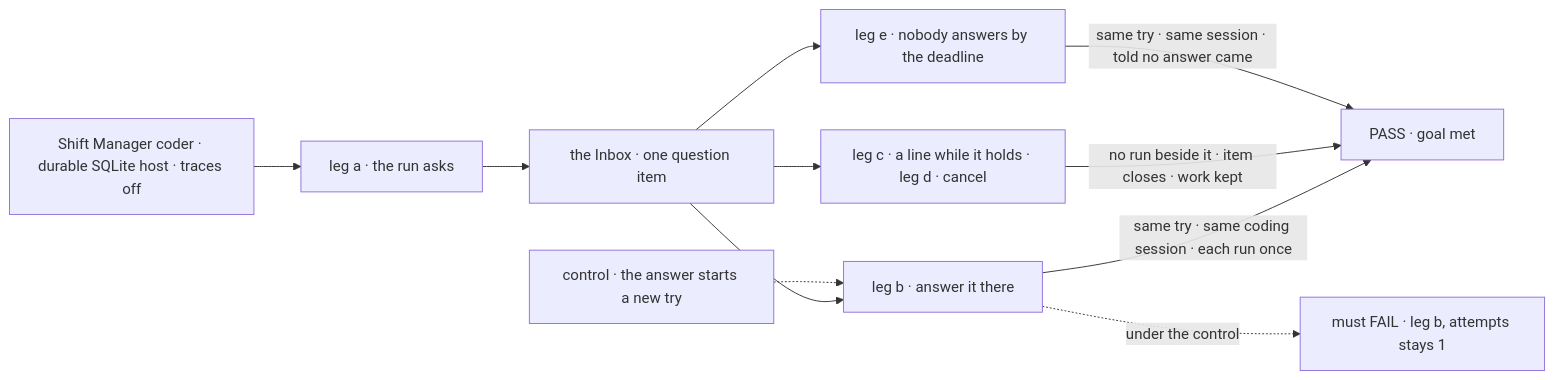
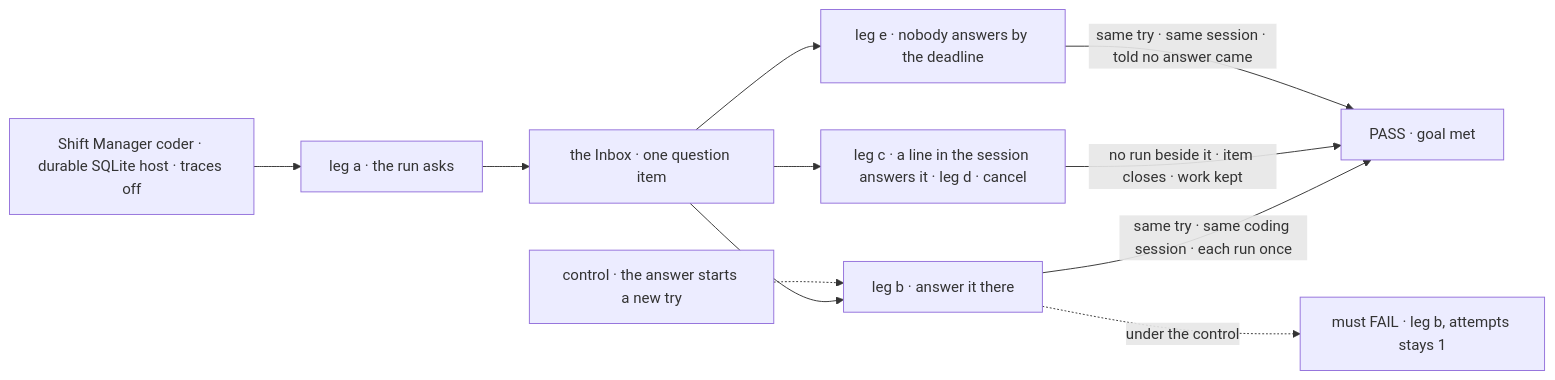
The first of 2 diagrams in specs/issues/FIX-2132/SPEC.md (fixpoint-labs/flow-state-dev), drawn with Mermaid before and after one commit. The commit also changed other lines of this file and 3 other files, not shown here.

First line of the commit message:
spec(FIX-2132): align with the sibling specs — a session line answers, sweep, cap owner, deadline hook, fixed-board ticket

````diff
--- a/specs/issues/FIX-2132/SPEC.md
+++ b/specs/issues/FIX-2132/SPEC.md
@@ -30,13 +30,13 @@
 ```mermaid
 flowchart LR
   H["Shift Manager coder · durable SQLite host · traces off"] --> A["leg a · the run asks"]
   A --> I["the Inbox · one question item"]
   I --> B["leg b · answer it there"]
-  I --> C["leg c · a line while it holds · leg d · cancel"]
+  I --> C["leg c · a line in the session answers it · leg d · cancel"]
   I --> E["leg e · nobody answers by the deadline"]
   B -->|"same try · same coding session · each run once"| P["PASS · goal met"]
   C -->|"no run beside it · item closes · work kept"| P
   E -->|"same try · same session · told no answer came"| P
   K["control · the answer starts a new try"] -.-> B
   B -.->|"under the control"| F["must FAIL · leg b, attempts stays 1"]
 ```
````
